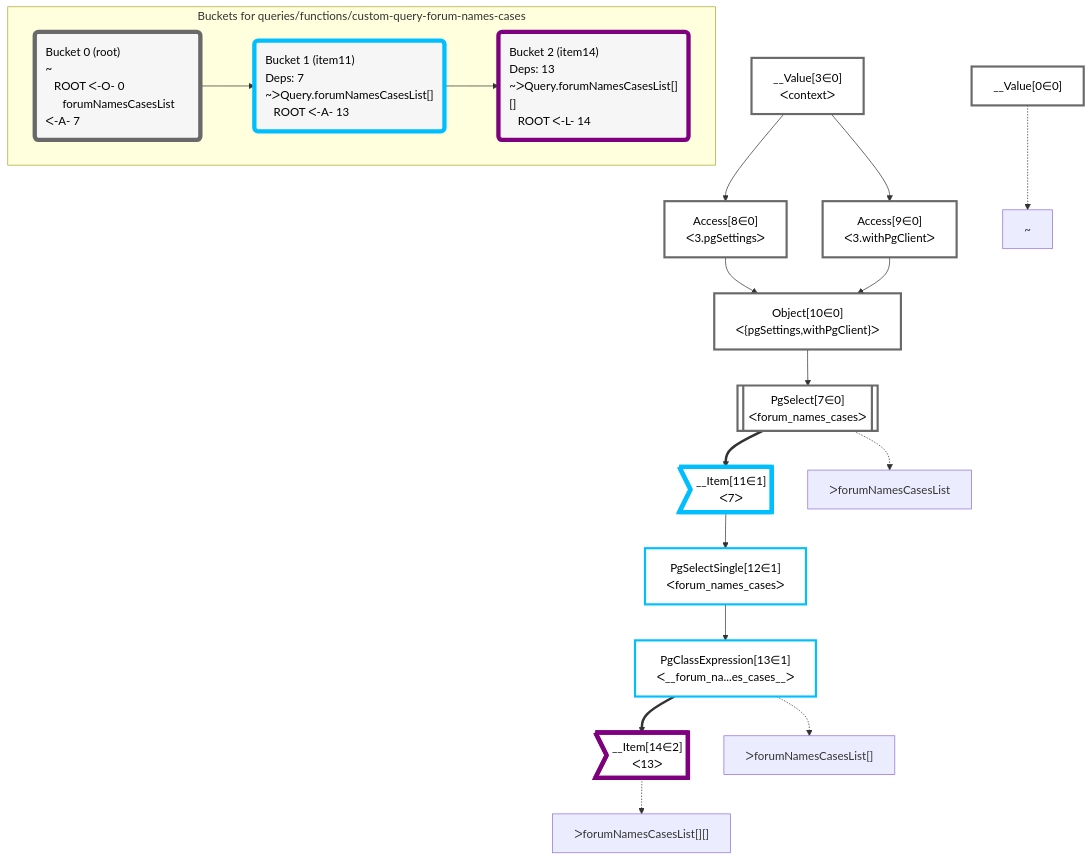
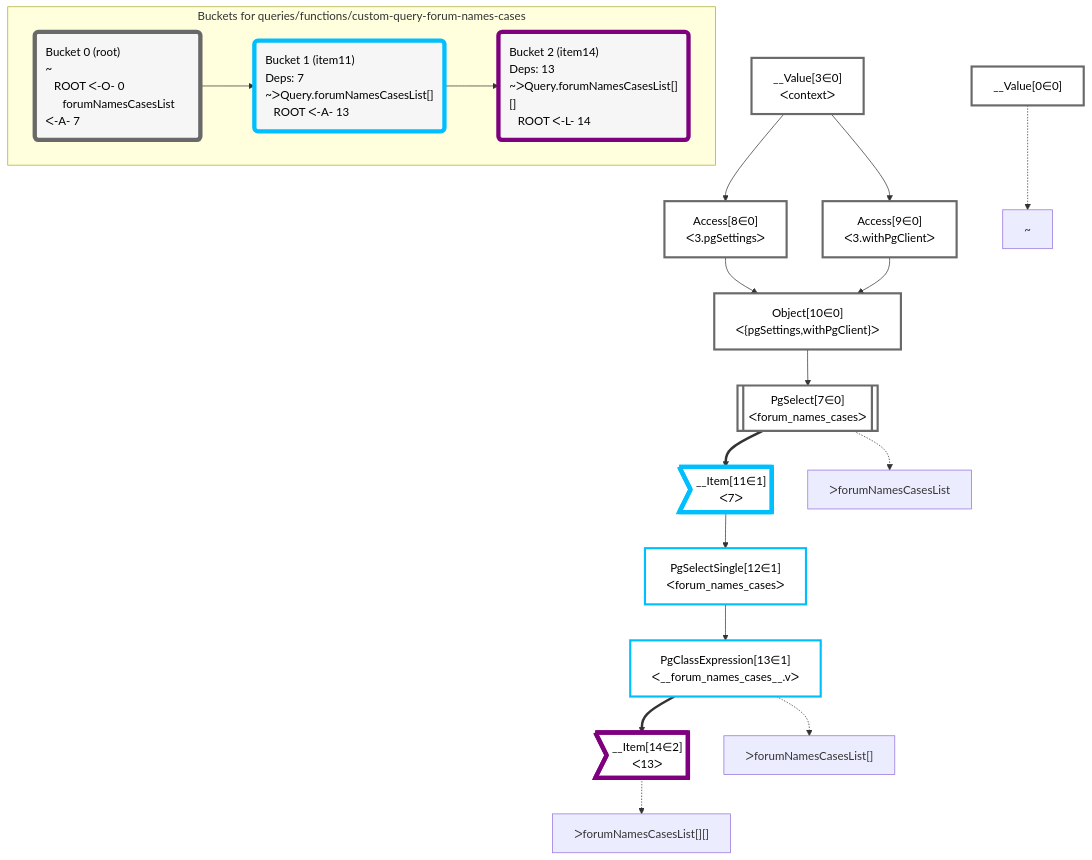
The diagram in packages/dataplan-pg/__tests__/queries/functions/custom-query-forum-names-cases.mermaid (graphile/crystal), drawn with Mermaid before and after one commit. The commit also changed 41 other files, not shown here.

```diff
--- a/packages/dataplan-pg/__tests__/queries/functions/custom-query-forum-names-cases.mermaid
+++ b/packages/dataplan-pg/__tests__/queries/functions/custom-query-forum-names-cases.mermaid
@@ -1,53 +1,53 @@
 graph TD
     classDef path fill:#eee,stroke:#000,color:#000
     classDef plan fill:#fff,stroke-width:3px,color:#000
     classDef itemplan fill:#fff,stroke-width:6px,color:#000
     classDef sideeffectplan fill:#f00,stroke-width:6px,color:#000
     classDef bucket fill:#f6f6f6,color:#000,stroke-width:6px,text-align:left
 
 
     %% define plans
     __Value0["__Value[0∈0]"]:::plan
     __Value3["__Value[3∈0]<br />ᐸcontextᐳ"]:::plan
     Access8["Access[8∈0]<br />ᐸ3.pgSettingsᐳ"]:::plan
     Access9["Access[9∈0]<br />ᐸ3.withPgClientᐳ"]:::plan
     Object10["Object[10∈0]<br />ᐸ{pgSettings,withPgClient}ᐳ"]:::plan
     PgSelect7[["PgSelect[7∈0]<br />ᐸforum_names_casesᐳ"]]:::plan
     __Item11>"__Item[11∈1]<br />ᐸ7ᐳ"]:::itemplan
     PgSelectSingle12["PgSelectSingle[12∈1]<br />ᐸforum_names_casesᐳ"]:::plan
-    PgClassExpression13["PgClassExpression[13∈1]<br />ᐸ__forum_na...es_cases__ᐳ"]:::plan
+    PgClassExpression13["PgClassExpression[13∈1]<br />ᐸ__forum_names_cases__.vᐳ"]:::plan
     __Item14>"__Item[14∈2]<br />ᐸ13ᐳ"]:::itemplan
 
     %% plan dependencies
     __Value3 --> Access8
     __Value3 --> Access9
     Access8 & Access9 --> Object10
     Object10 --> PgSelect7
     PgSelect7 ==> __Item11
     __Item11 --> PgSelectSingle12
     PgSelectSingle12 --> PgClassExpression13
     PgClassExpression13 ==> __Item14
 
     %% plan-to-path relationships
     P0["~"]
     __Value0 -.-> P0
     P7["ᐳforumNamesCasesList"]
     PgSelect7 -.-> P7
     P13["ᐳforumNamesCasesList[]"]
     PgClassExpression13 -.-> P13
     P14["ᐳforumNamesCasesList[][]"]
     __Item14 -.-> P14
 
     subgraph "Buckets for queries/functions/custom-query-forum-names-cases"
     Bucket0("Bucket 0 (root)<br />~<br />⠀ROOT ᐸ-O- 0<br />⠀⠀forumNamesCasesList ᐸ-A- 7"):::bucket
     classDef bucket0 stroke:#696969
     class Bucket0,__Value0,__Value3,PgSelect7,Access8,Access9,Object10 bucket0
     Bucket1("Bucket 1 (item11)<br />Deps: 7<br />~ᐳQuery.forumNamesCasesList[]<br />⠀ROOT ᐸ-A- 13"):::bucket
     classDef bucket1 stroke:#00bfff
     class Bucket1,__Item11,PgSelectSingle12,PgClassExpression13 bucket1
     Bucket2("Bucket 2 (item14)<br />Deps: 13<br />~ᐳQuery.forumNamesCasesList[][]<br />⠀ROOT ᐸ-L- 14"):::bucket
     classDef bucket2 stroke:#7f007f
     class Bucket2,__Item14 bucket2
     Bucket0 --> Bucket1
     Bucket1 --> Bucket2
     end
```
